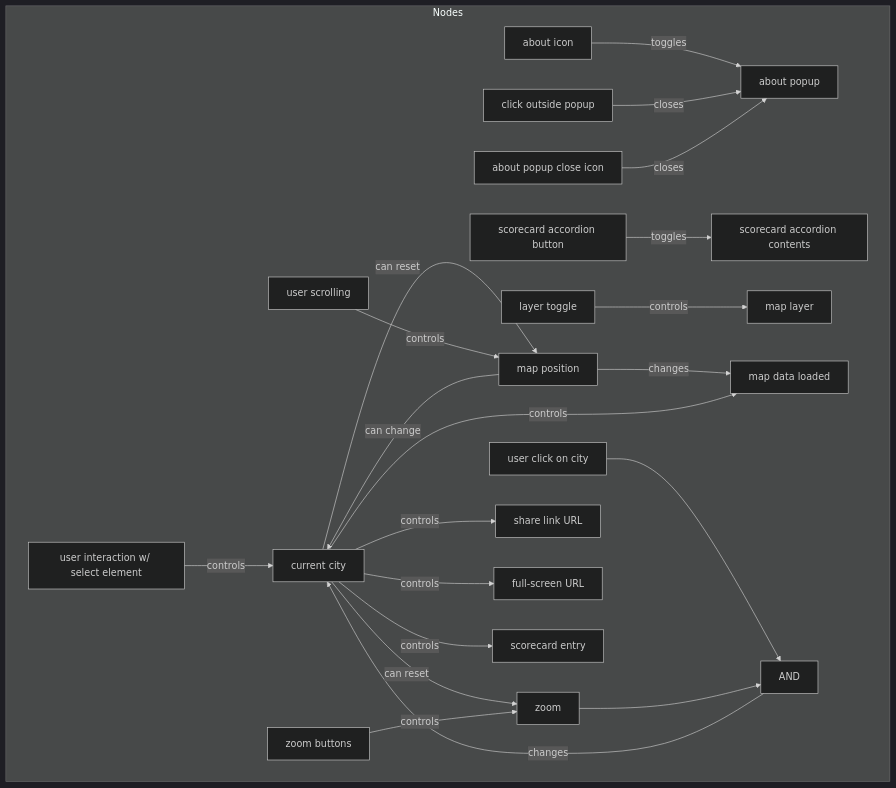
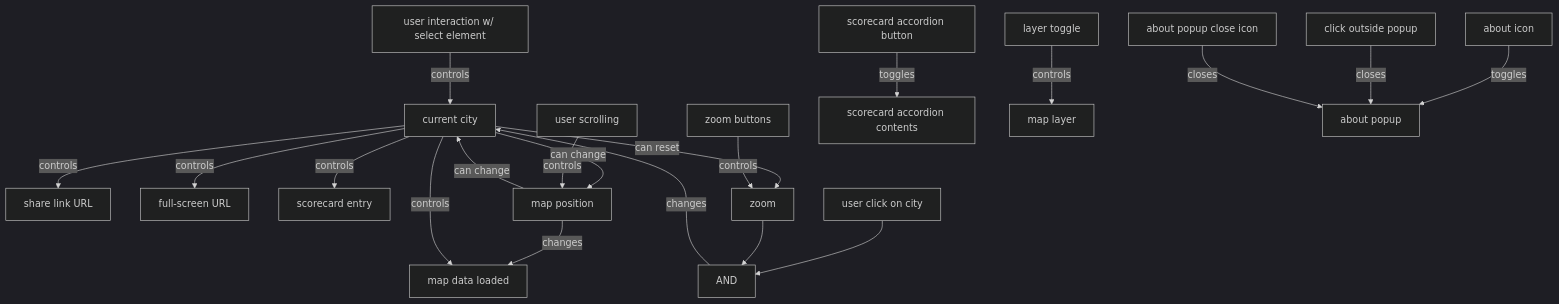
The diagram in README.md (ParkingReformNetwork/parking-lot-map), drawn with Mermaid (dark theme) before and after one commit.

Commit message:
Remove subgraph (#251)

````diff
--- a/README.md
+++ b/README.md
@@ -145,63 +145,61 @@
 ```mermaid
 graph TD
-    subgraph Nodes
-        A[current city]
-        F[user interaction w/ select element]
+    A[current city]
+    F[user interaction w/ select element]
 
-        C[share link URL]
-        S[full-screen URL]
+    C[share link URL]
+    S[full-screen URL]
 
-        B[map data loaded]
-        D[scorecard entry]
+    B[map data loaded]
+    D[scorecard entry]
 
-        E[map position]
-        H[user scrolling]
+    E[map position]
+    H[user scrolling]
 
-        T[user click on city]
-        U[AND]
+    T[user click on city]
+    U[AND]
 
-        G[zoom]
-        R[zoom buttons]
+    G[zoom]
+    R[zoom buttons]
 
-        J[scorecard accordion button]
-        K[scorecard accordion contents]
+    J[scorecard accordion button]
+    K[scorecard accordion contents]
 
-        L[layer toggle]
-        M[map layer]
+    L[layer toggle]
+    M[map layer]
 
-        N[about icon]
-        O[about popup]
-        P[click outside popup]
-        Q[about popup close icon]
-    end
+    N[about icon]
+    O[about popup]
+    P[click outside popup]
+    Q[about popup close icon]
 
-    %% Relationships
+
     N -->|toggles| O
     P -->|closes| O
     Q -->|closes| O
 
     J -->|toggles| K
 
     L -->|controls| M
 
     F -->|controls| A
 
     E -->|changes| B
     E -->|can change| A
 
     T --> U
     G --> U
     U --> |changes| A
 
     A -->|controls| C
     A -->|controls| S
 
     A -->|controls| B
     A -->|controls| D
 
-    A -->|can reset| E
+    A -->|can change| E
     A -->|can reset| G
 
     H -->|controls| E
     R -->|controls| G
 ```
````
